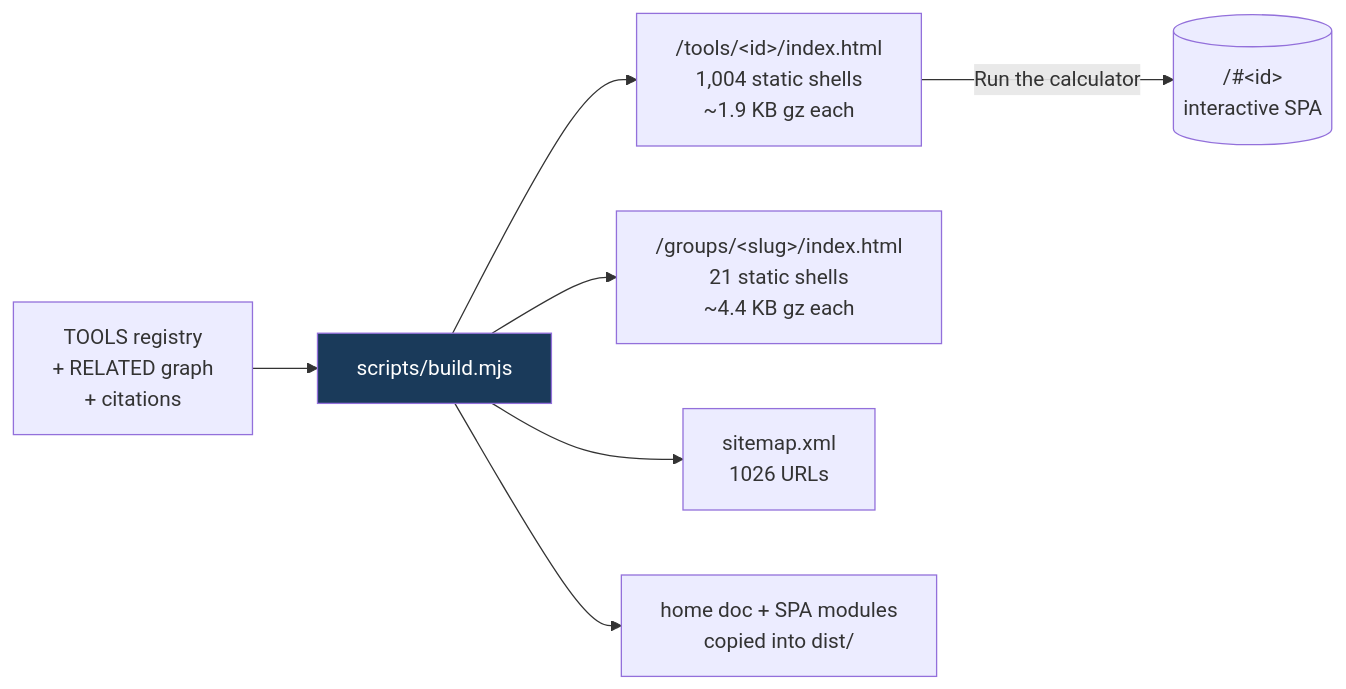
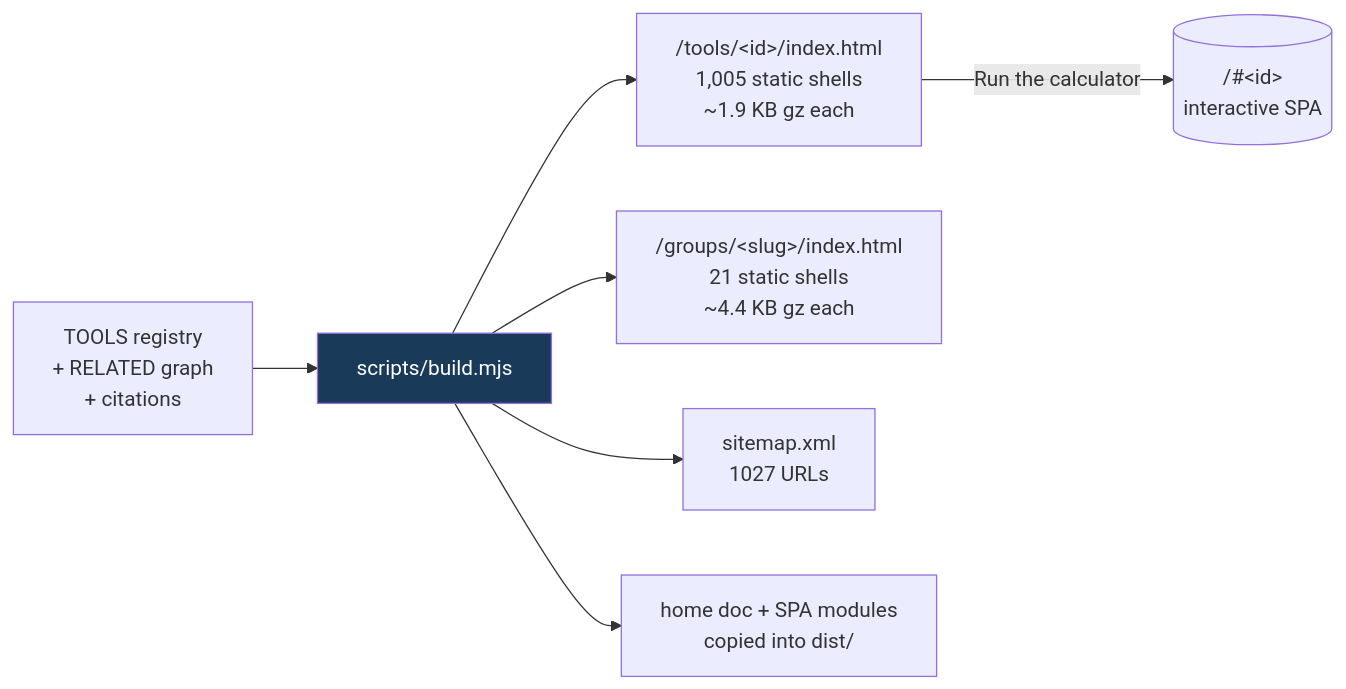
The fifth of 8 diagrams in README.md (clay-good/roughlogic.com), drawn with Mermaid before and after one commit. The commit also changed other lines of this file and 12 other files, not shown here.

````diff
--- a/README.md
+++ b/README.md
@@ -495,10 +495,10 @@
 ```mermaid
 flowchart LR
     SRC[TOOLS registry\n+ RELATED graph\n+ citations] --> BUILD[scripts/build.mjs]
-    BUILD --> TILE["/tools/&lt;id&gt;/index.html\n1,004 static shells\n~1.9 KB gz each"]
+    BUILD --> TILE["/tools/&lt;id&gt;/index.html\n1,005 static shells\n~1.9 KB gz each"]
     BUILD --> GROUP["/groups/&lt;slug&gt;/index.html\n21 static shells\n~4.4 KB gz each"]
-    BUILD --> MAP["sitemap.xml\n1026 URLs"]
+    BUILD --> MAP["sitemap.xml\n1027 URLs"]
     BUILD --> COPY[home doc + SPA modules\ncopied into dist/]
     TILE -->|Run the calculator| SPA[("/#&lt;id&gt;\ninteractive SPA")]
     style BUILD fill:#1a3a5a,color:#fff
 ```
````
